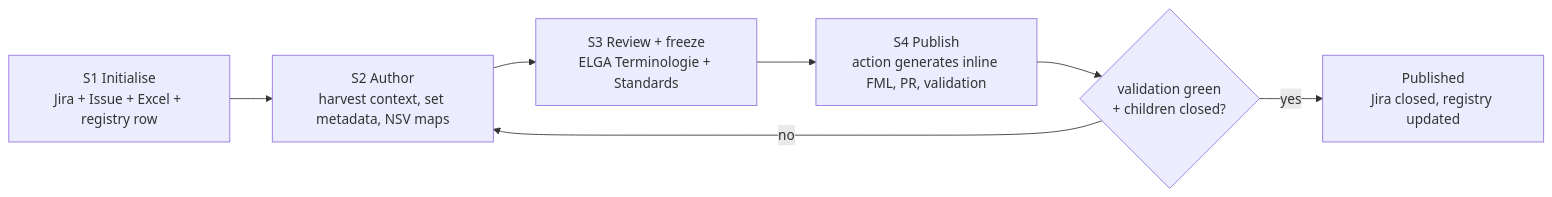
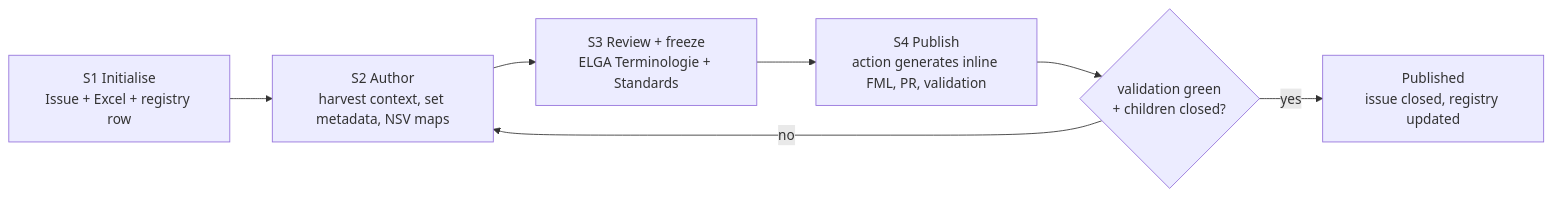
Before and after one commit to HL7Austria/CDA2FHIR: the diagram in terminology/readme.md, drawn with Mermaid. The commit also changed other lines of this file, not shown here.

Commit message:
Drop jira reference. Git Issue will be used to track not jira

````diff
--- a/terminology/readme.md
+++ b/terminology/readme.md
@@ -79,9 +79,9 @@
 ```mermaid
 flowchart LR
-  S1["S1 Initialise<br/>Jira + Issue + Excel + registry row"] --> S2["S2 Author<br/>harvest context, set metadata, NSV maps"]
+  S1["S1 Initialise<br/>Issue + Excel + registry row"] --> S2["S2 Author<br/>harvest context, set metadata, NSV maps"]
   S2 --> S3["S3 Review + freeze<br/>ELGA Terminologie + Standards"]
   S3 --> S4["S4 Publish<br/>action generates inline FML, PR, validation"]
   S4 --> D{"validation green<br/>+ children closed?"}
   D -- no --> S2
-  D -- yes --> P["Published<br/>Jira closed, registry updated"]
+  D -- yes --> P["Published<br/>issue closed, registry updated"]
 ```
````
